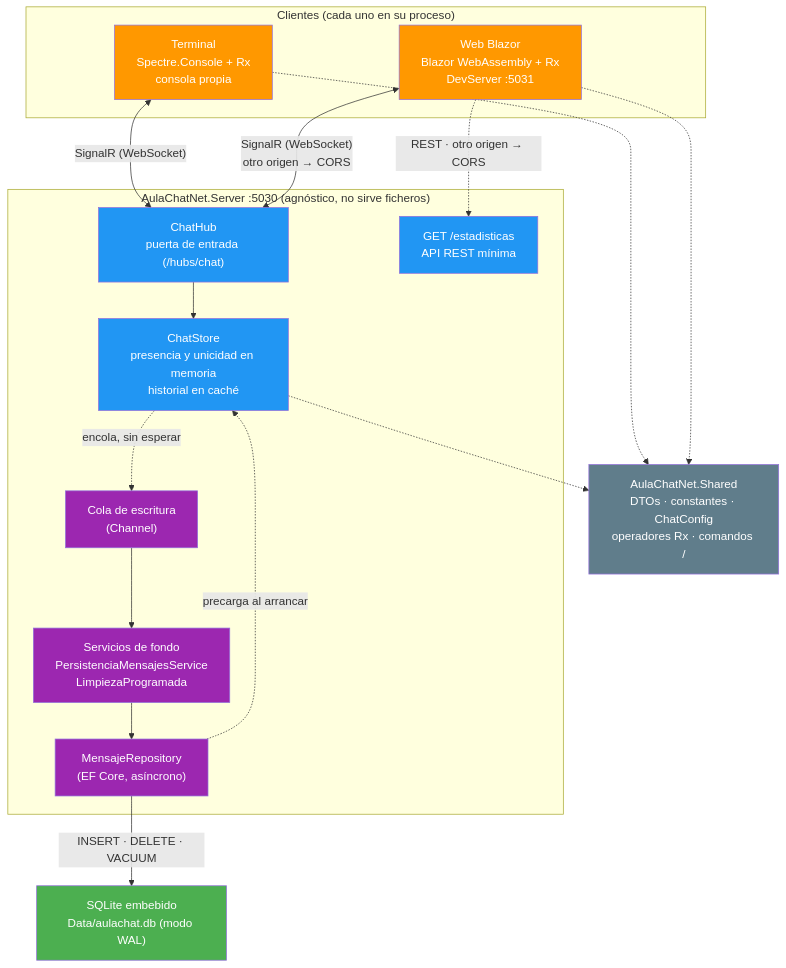
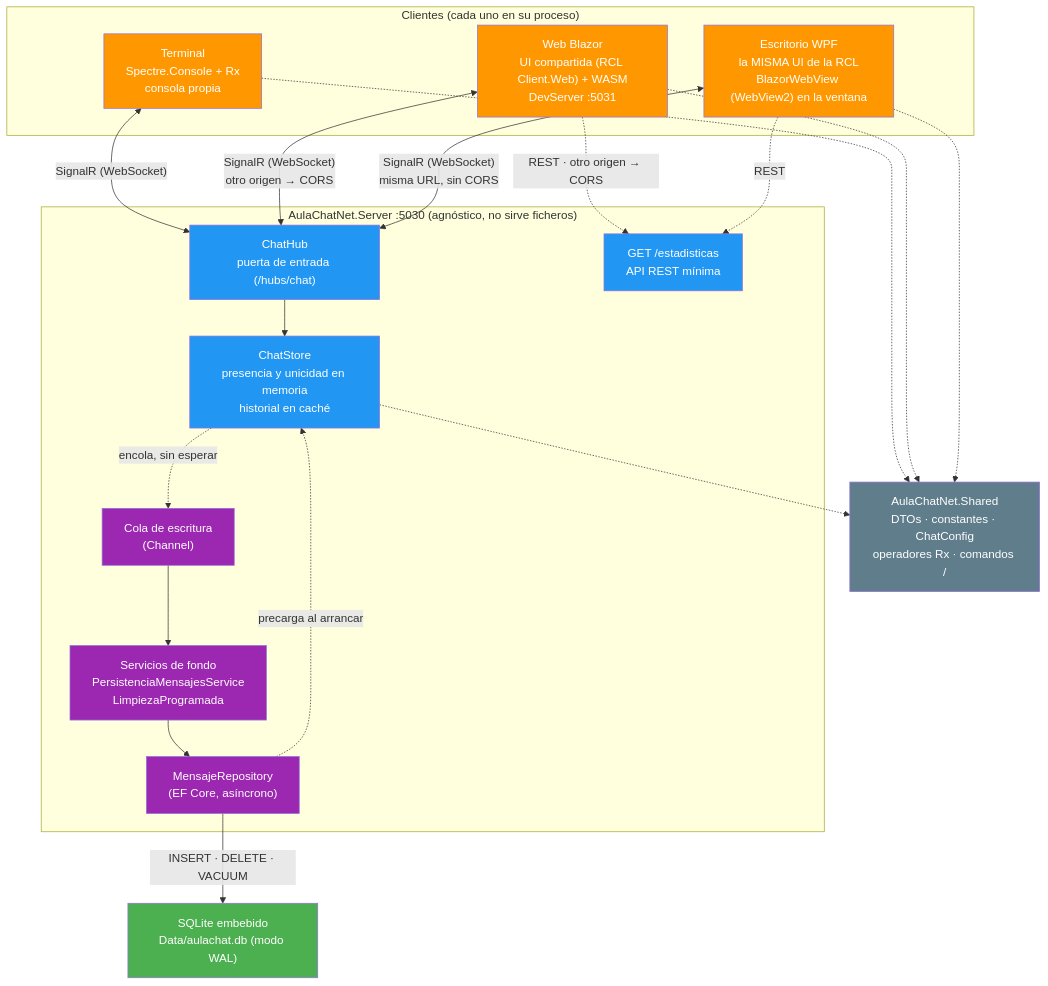
One commit to joseluisgs/AulaChatNet changed the diagram in README.md. Above: the diagram before and after it, drawn with Mermaid. The commit also changed other lines of this file and 7 other files, not shown here.

````diff
--- a/README.md
+++ b/README.md
@@ -90,46 +102,51 @@
 ```mermaid
 flowchart TD
     subgraph Clientes["Clientes (cada uno en su proceso)"]
         T["Terminal<br/>Spectre.Console + Rx<br/>consola propia"]
-        B["Web Blazor<br/>Blazor WebAssembly + Rx<br/>DevServer :5031"]
+        B["Web Blazor<br/>UI compartida (RCL Client.Web) + WASM<br/>DevServer :5031"]
+        W["Escritorio WPF<br/>la MISMA UI de la RCL<br/>BlazorWebView (WebView2) en la ventana"]
     end
 
     subgraph Servidor["AulaChatNet.Server :5030 (agnóstico, no sirve ficheros)"]
         H["ChatHub<br/>puerta de entrada (/hubs/chat)"]
         API["GET /estadisticas<br/>API REST mínima"]
         S["ChatStore<br/>presencia y unicidad en memoria<br/>historial en caché"]
         Q["Cola de escritura<br/>(Channel)"]
         P["Servicios de fondo<br/>PersistenciaMensajesService<br/>LimpiezaProgramada"]
         R["MensajeRepository<br/>(EF Core, asíncrono)"]
     end
 
     SH["AulaChatNet.Shared<br/>DTOs · constantes · ChatConfig<br/>operadores Rx · comandos /"]
 
     DB["SQLite embebido<br/>Data/aulachat.db (modo WAL)"]
 
     T <-->|"SignalR (WebSocket)"| H
     B <-->|"SignalR (WebSocket)<br/>otro origen → CORS"| H
     B -.->|"REST · otro origen → CORS"| API
+    W <-->|"SignalR (WebSocket)<br/>misma URL, sin CORS"| H
+    W -.->|"REST"| API
 
     H --> S
     S -.->|"encola, sin esperar"| Q
     Q --> P
     P --> R
     R -->|"INSERT · DELETE · VACUUM"| DB
     R -.->|"precarga al arrancar"| S
 
     T -.-> SH
     B -.-> SH
+    W -.-> SH
     S -.-> SH
 
     style T fill:#FF9800,color:#fff
     style B fill:#FF9800,color:#fff
+    style W fill:#FF9800,color:#fff
     style H fill:#2196F3,color:#fff
     style API fill:#2196F3,color:#fff
     style S fill:#2196F3,color:#fff
     style Q fill:#9C27B0,color:#fff
     style P fill:#9C27B0,color:#fff
     style R fill:#9C27B0,color:#fff
     style SH fill:#607D8B,color:#fff
     style DB fill:#4CAF50,color:#fff
 ```
````
